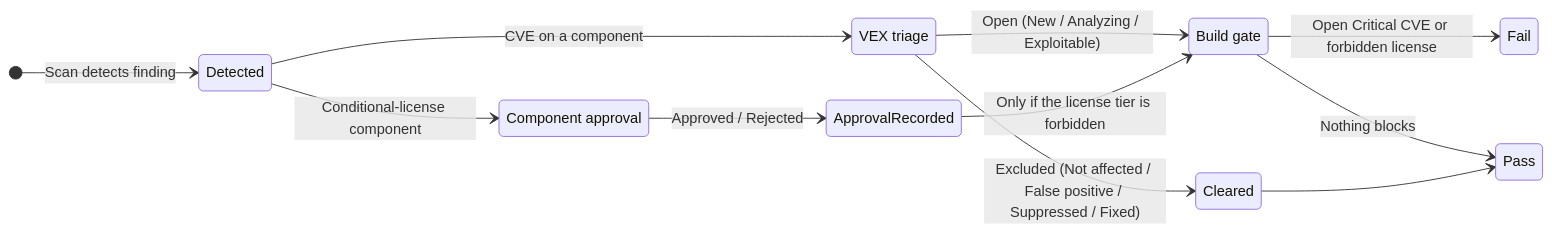
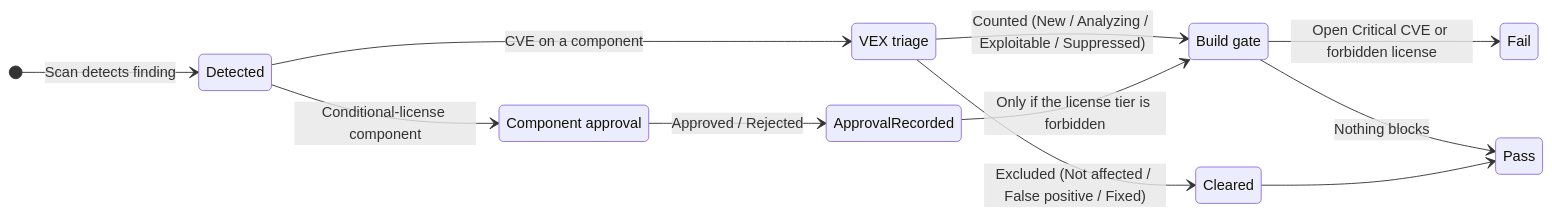
The diagram in docs-site/docs/user-guide/triage.md (trustedoss/trusca), drawn with Mermaid before and after one commit. The commit also changed other lines of this file and 32 other files, not shown here.

````diff
--- a/docs-site/docs/user-guide/triage.md
+++ b/docs-site/docs/user-guide/triage.md
@@ -33,22 +33,22 @@
 ```mermaid
 stateDiagram-v2
   direction LR
   [*] --> Detected: Scan detects finding
   Detected --> VEX: CVE on a component
   Detected --> Approval: Conditional-license component
 
   state "VEX triage" as VEX
   state "Component approval" as Approval
 
-  VEX --> Gate: Open (New / Analyzing / Exploitable)
-  VEX --> Cleared: Excluded (Not affected / False positive / Suppressed / Fixed)
+  VEX --> Gate: Counted (New / Analyzing / Exploitable / Suppressed)
+  VEX --> Cleared: Excluded (Not affected / False positive / Fixed)
 
   Approval --> ApprovalRecorded: Approved / Rejected
   ApprovalRecorded --> Gate: Only if the license tier is forbidden
 
   state "Build gate" as Gate
   Gate --> Fail: Open Critical CVE or forbidden license
   Gate --> Pass: Nothing blocks
 
   Cleared --> Pass
 ```
````
